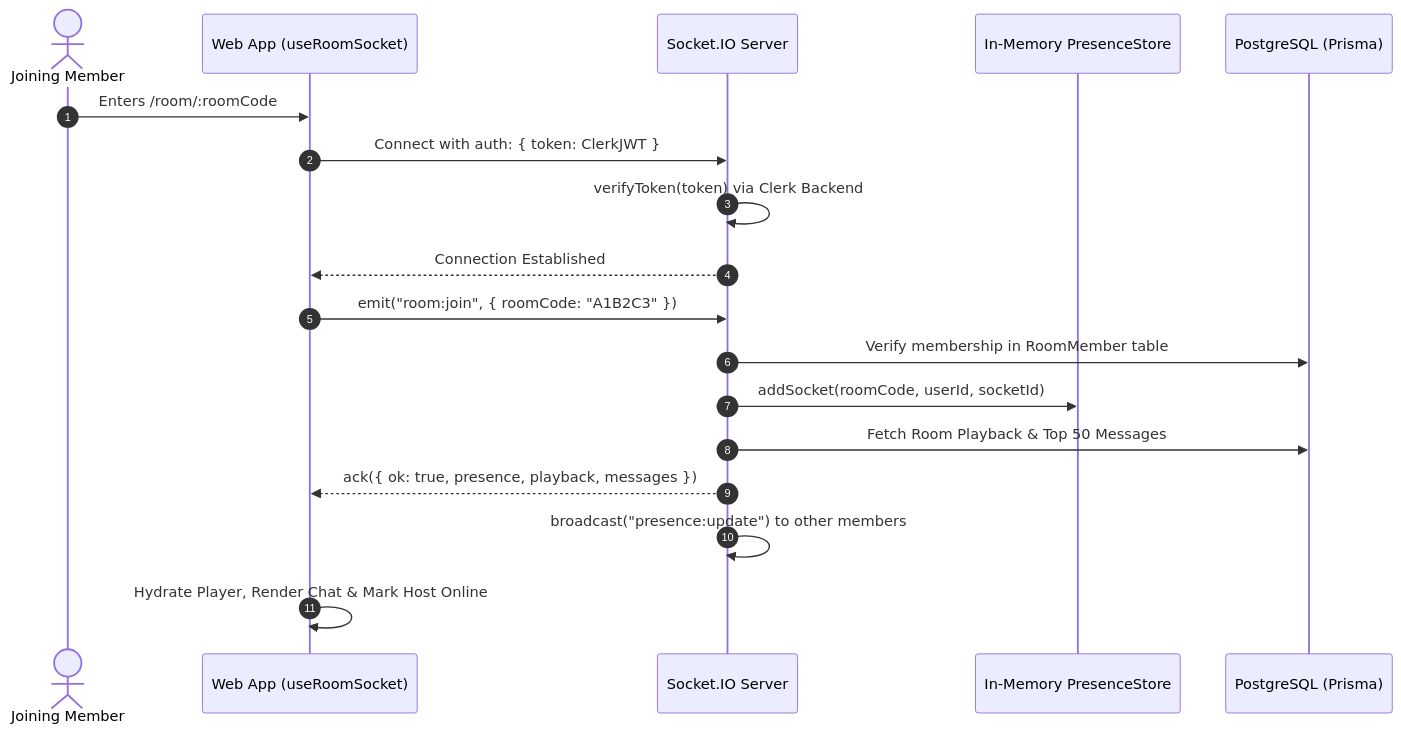
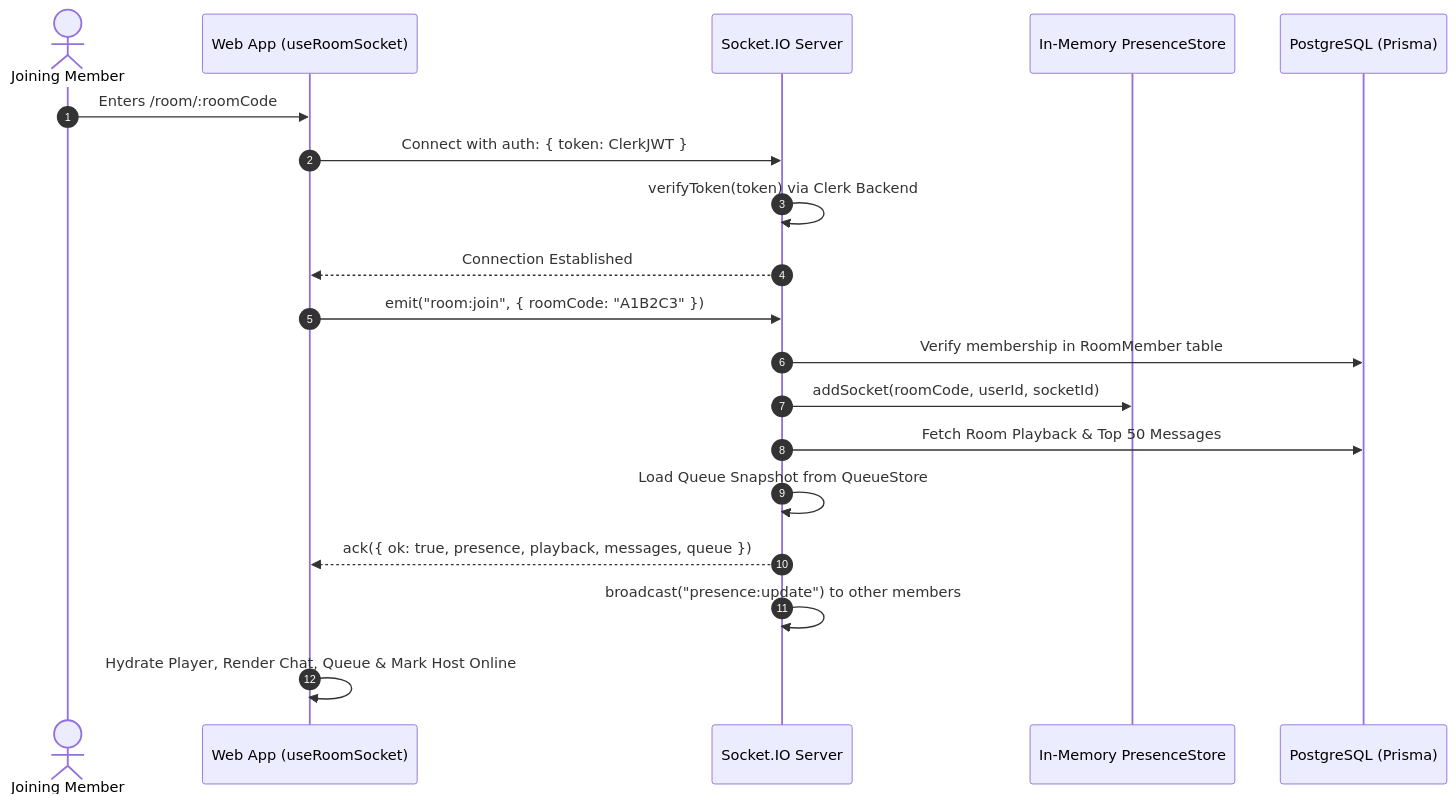
The third of 3 diagrams in README.md (Heisenberg300604/Syncd), drawn with Mermaid before and after one commit. The commit also changed other lines of this file and 12 other files, not shown here.

````diff
--- a/README.md
+++ b/README.md
@@ -320,21 +350,22 @@
 ```mermaid
 sequenceDiagram
     autonumber
     actor User as Joining Member
     participant Client as Web App (useRoomSocket)
     participant Socket as Socket.IO Server
     participant Presence as In-Memory PresenceStore
     participant DB as PostgreSQL (Prisma)
 
     User->>Client: Enters /room/:roomCode
     Client->>Socket: Connect with auth: { token: ClerkJWT }
     Socket->>Socket: verifyToken(token) via Clerk Backend
     Socket-->>Client: Connection Established
     Client->>Socket: emit("room:join", { roomCode: "A1B2C3" })
     Socket->>DB: Verify membership in RoomMember table
     Socket->>Presence: addSocket(roomCode, userId, socketId)
     Socket->>DB: Fetch Room Playback & Top 50 Messages
-    Socket-->>Client: ack({ ok: true, presence, playback, messages })
+    Socket->>Socket: Load Queue Snapshot from QueueStore
+    Socket-->>Client: ack({ ok: true, presence, playback, messages, queue })
     Socket->>Socket: broadcast("presence:update") to other members
-    Client->>Client: Hydrate Player, Render Chat & Mark Host Online
+    Client->>Client: Hydrate Player, Render Chat, Queue & Mark Host Online
 ```
````
